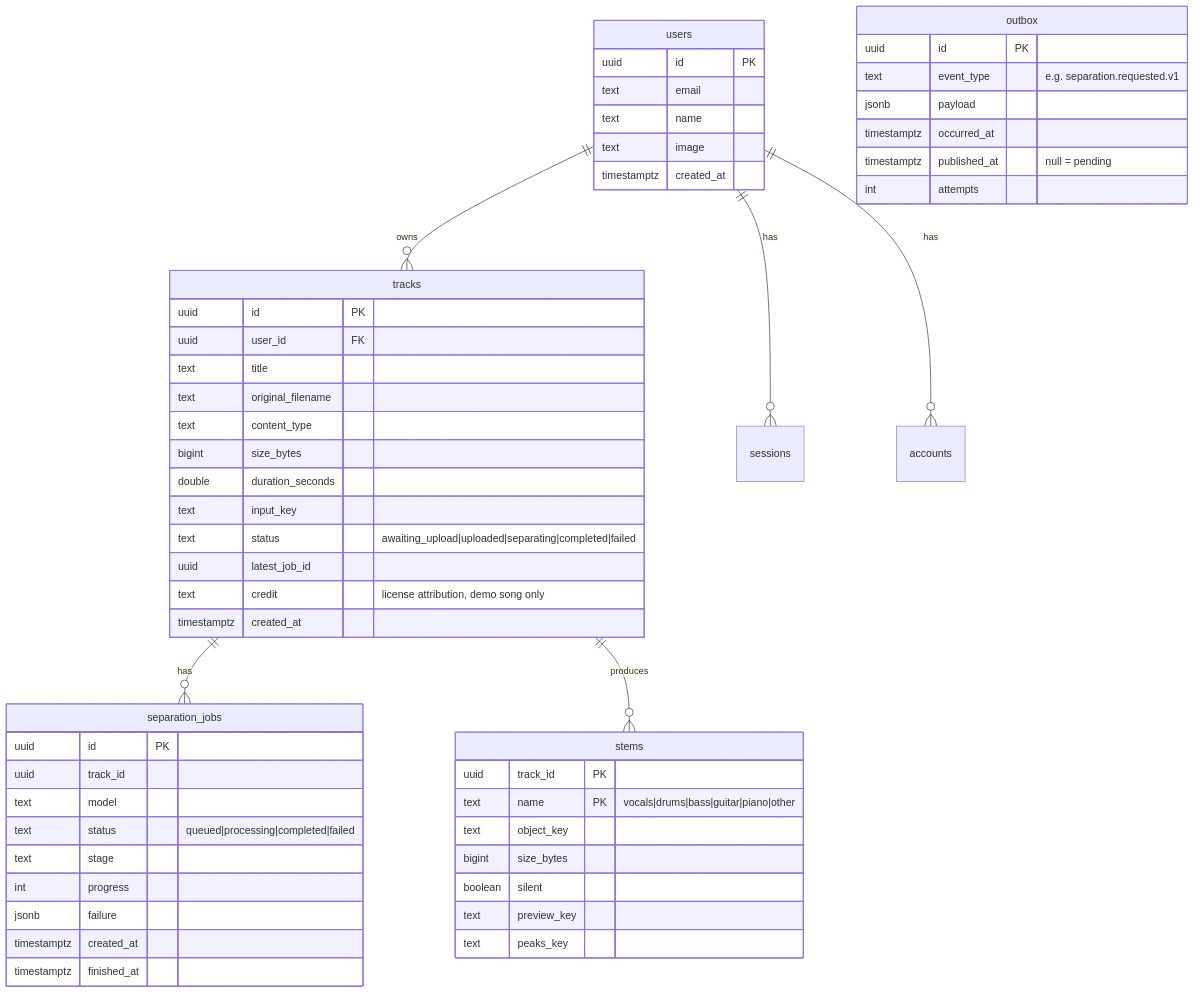
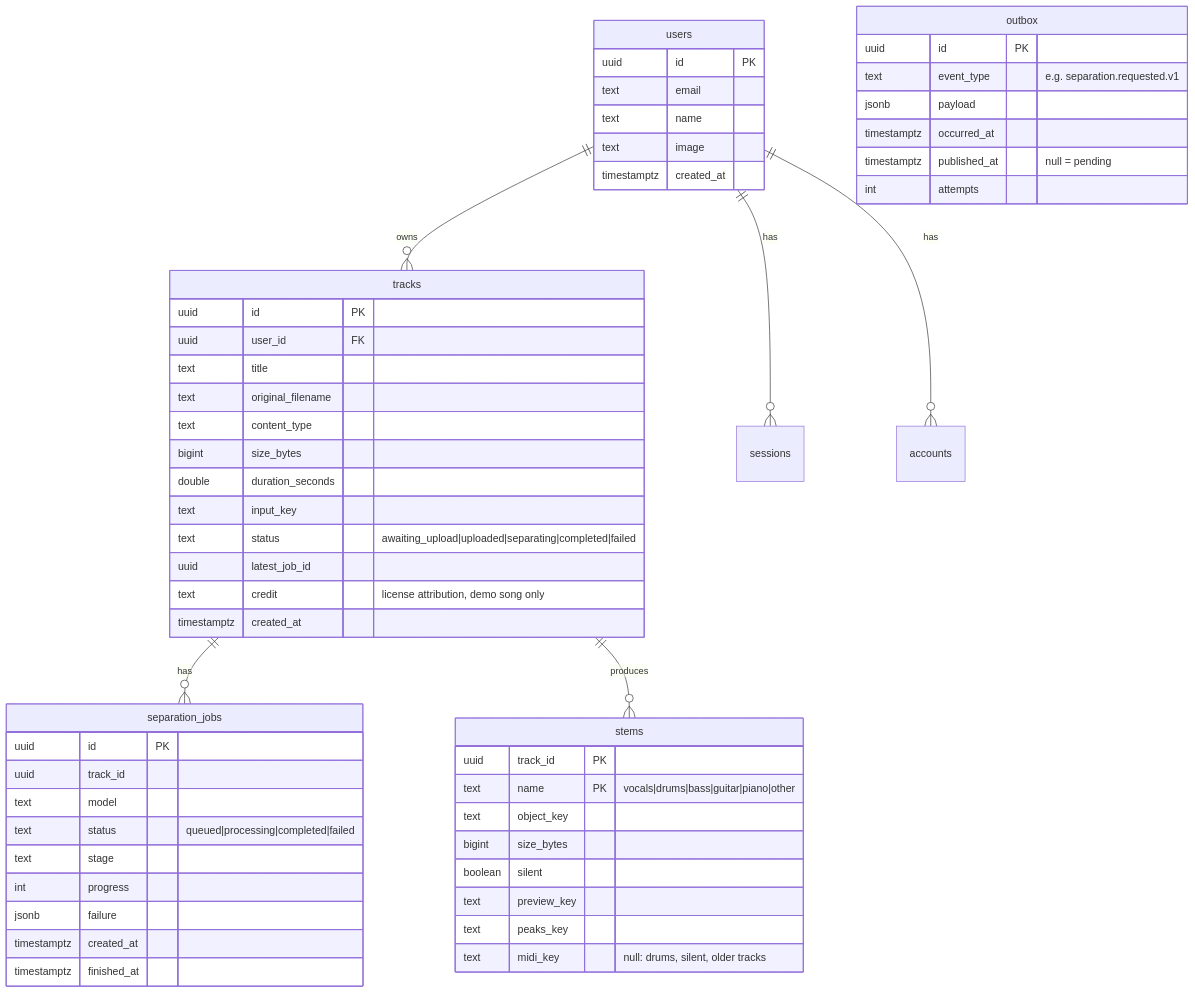
The diagram in docs/04-data-model.md (llOrtegall/unmix), drawn with Mermaid before and after one commit. The commit also changed other lines of this file and 6 other files, not shown here.

````diff
--- a/docs/04-data-model.md
+++ b/docs/04-data-model.md
@@ -5,58 +5,59 @@
 ```mermaid
 erDiagram
   users ||--o{ tracks : owns
   users ||--o{ sessions : has
   users ||--o{ accounts : has
   tracks ||--o{ separation_jobs : has
   tracks ||--o{ stems : produces
 
   users {
     uuid id PK
     text email
     text name
     text image
     timestamptz created_at
   }
   tracks {
     uuid id PK
     uuid user_id FK
     text title
     text original_filename
     text content_type
     bigint size_bytes
     double duration_seconds
     text input_key
     text status "awaiting_upload|uploaded|separating|completed|failed"
     uuid latest_job_id
     text credit "license attribution, demo song only"
     timestamptz created_at
   }
   separation_jobs {
     uuid id PK
     uuid track_id
     text model
     text status "queued|processing|completed|failed"
     text stage
     int progress
     jsonb failure
     timestamptz created_at
     timestamptz finished_at
   }
   stems {
     uuid track_id PK
     text name PK "vocals|drums|bass|guitar|piano|other"
     text object_key
     bigint size_bytes
     boolean silent
     text preview_key
     text peaks_key
+    text midi_key "null: drums, silent, older tracks"
   }
   outbox {
     uuid id PK
     text event_type "e.g. separation.requested.v1"
     jsonb payload
     timestamptz occurred_at
     timestamptz published_at "null = pending"
     int attempts
   }
 ```
````
